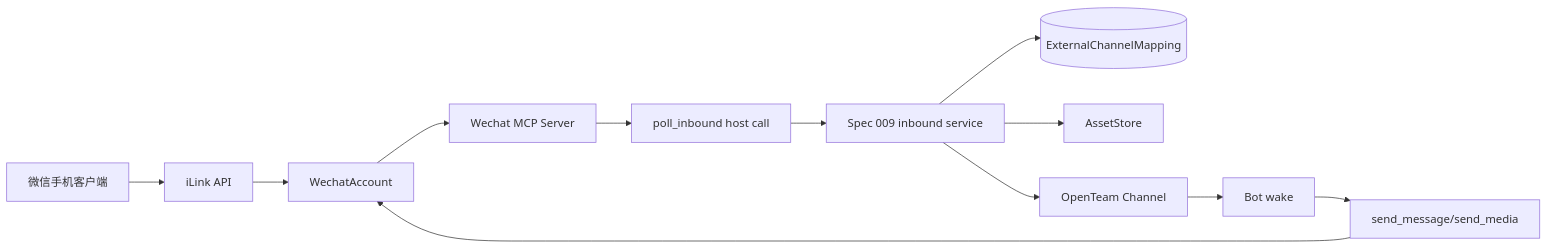
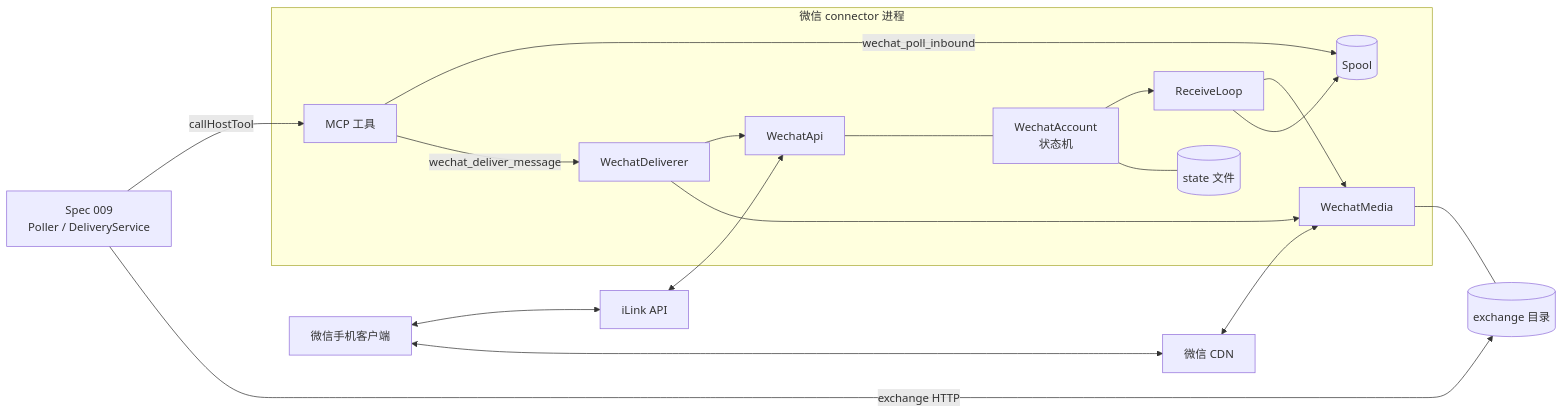
Before and after one commit to jingyi0605/OutcomeGo: the diagram in specs/009.1-微信iLink消息服务集成/design.md, drawn with Mermaid. The commit also changed other lines of this file and 5 other files, not shown here.

````diff
--- a/specs/009.1-微信iLink消息服务集成/design.md
+++ b/specs/009.1-微信iLink消息服务集成/design.md
@@ -31,14 +52,29 @@
 ```mermaid
 flowchart LR
-    PHONE[微信手机客户端] --> ILINK[iLink API]
-    ILINK --> WA[WechatAccount]
-    WA --> MCP[Wechat MCP Server]
-    MCP --> POLL[poll_inbound host call]
-    POLL --> SERVER[Spec 009 inbound service]
-    SERVER --> MAP[(ExternalChannelMapping)]
-    SERVER --> ASSET[AssetStore]
-    SERVER --> CH[OpenTeam Channel]
-    CH --> BOT[Bot wake]
-    BOT --> SEND[send_message/send_media]
-    SEND --> WA
+    PHONE[微信手机客户端] <--> ILINK[iLink API]
+    PHONE <--> CDN[微信 CDN]
+    subgraph Connector[微信 connector 进程]
+      API[WechatApi]
+      ACC[WechatAccount<br/>状态机]
+      LOOP[ReceiveLoop]
+      SPOOL[(Spool)]
+      MEDIA[WechatMedia]
+      DELIVER[WechatDeliverer]
+      STATE[(state 文件)]
+      TOOLS[MCP 工具]
+    end
+    ILINK <--> API
+    CDN <--> MEDIA
+    API --- ACC
+    ACC --> LOOP
+    LOOP --> MEDIA
+    LOOP --> SPOOL
+    ACC --- STATE
+    TOOLS -- "wechat_poll_inbound" --> SPOOL
+    TOOLS -- "wechat_deliver_message" --> DELIVER
+    DELIVER --> API
+    DELIVER --> MEDIA
+    SERVER[Spec 009<br/>Poller / DeliveryService] -- "callHostTool" --> TOOLS
+    SERVER -- "exchange HTTP" --> EX[(exchange 目录)]
+    MEDIA --- EX
 ```
````
